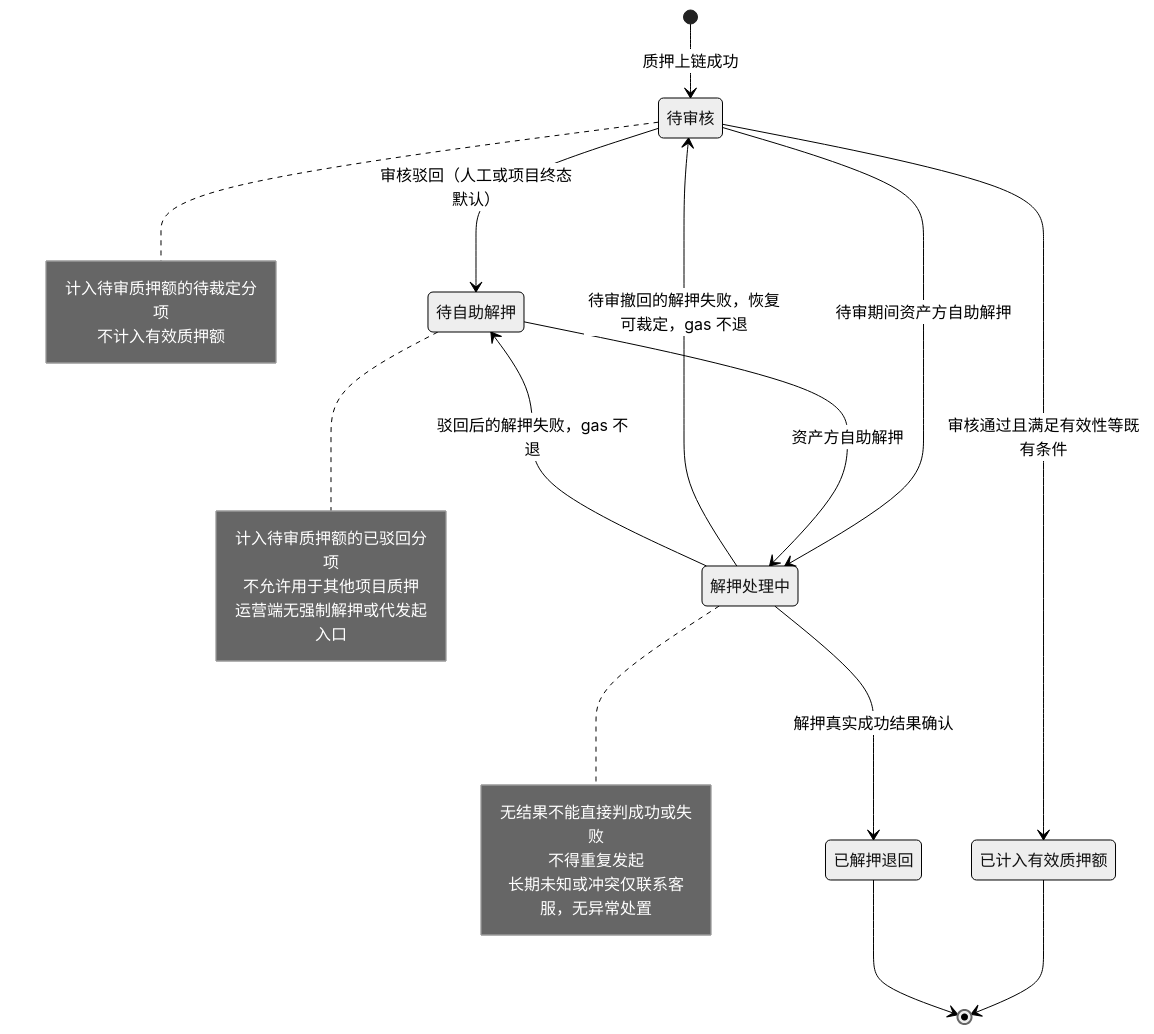
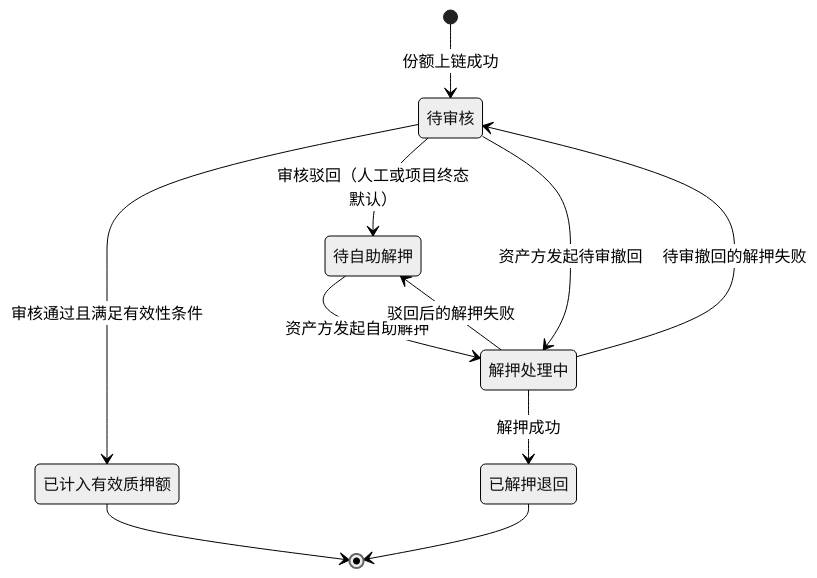
The fifth of 5 diagrams in lending-platform/PRD/运营端/06-代币质押审核/02-代币质押审核-流程图与状态机.md (wxblockchain/Chain-Financing), drawn with Mermaid (neutral theme) before and after one commit. The commit also changed other lines of this file and 5 other files, not shown here.

````diff
--- a/lending-platform/PRD/运营端/06-代币质押审核/02-代币质押审核-流程图与状态机.md
+++ b/lending-platform/PRD/运营端/06-代币质押审核/02-代币质押审核-流程图与状态机.md
@@ -192,32 +117,18 @@
 ```mermaid
 stateDiagram-v2
   state "待审核" as Pending
   state "已计入有效质押额" as Counted
   state "待自助解押" as ToRelease
   state "解押处理中" as Releasing
   state "已解押退回" as Returned
-  [*] --> Pending: 质押上链成功
-  Pending --> Counted: 审核通过且满足有效性等既有条件
+  [*] --> Pending: 份额上链成功
+  Pending --> Counted: 审核通过且满足有效性条件
   Pending --> ToRelease: 审核驳回（人工或项目终态默认）
-  Pending --> Releasing: 待审期间资产方自助解押
-  ToRelease --> Releasing: 资产方自助解押
-  Releasing --> Returned: 解押真实成功结果确认
-  Releasing --> Pending: 待审撤回的解押失败，恢复可裁定，gas 不退
-  Releasing --> ToRelease: 驳回后的解押失败，gas 不退
+  Pending --> Releasing: 资产方发起待审撤回
+  ToRelease --> Releasing: 资产方发起自助解押
+  Releasing --> Returned: 解押成功
+  Releasing --> Pending: 待审撤回的解押失败
+  Releasing --> ToRelease: 驳回后的解押失败
   Counted --> [*]
   Returned --> [*]
-  note right of Pending
-    计入待审质押额的待裁定分项
-    不计入有效质押额
-  end note
-  note right of ToRelease
-    计入待审质押额的已驳回分项
-    不允许用于其他项目质押
-    运营端无强制解押或代发起入口
-  end note
-  note right of Releasing
-    无结果不能直接判成功或失败
-    不得重复发起
-    长期未知或冲突仅联系客服，无异常处置
-  end note
 ```
````
